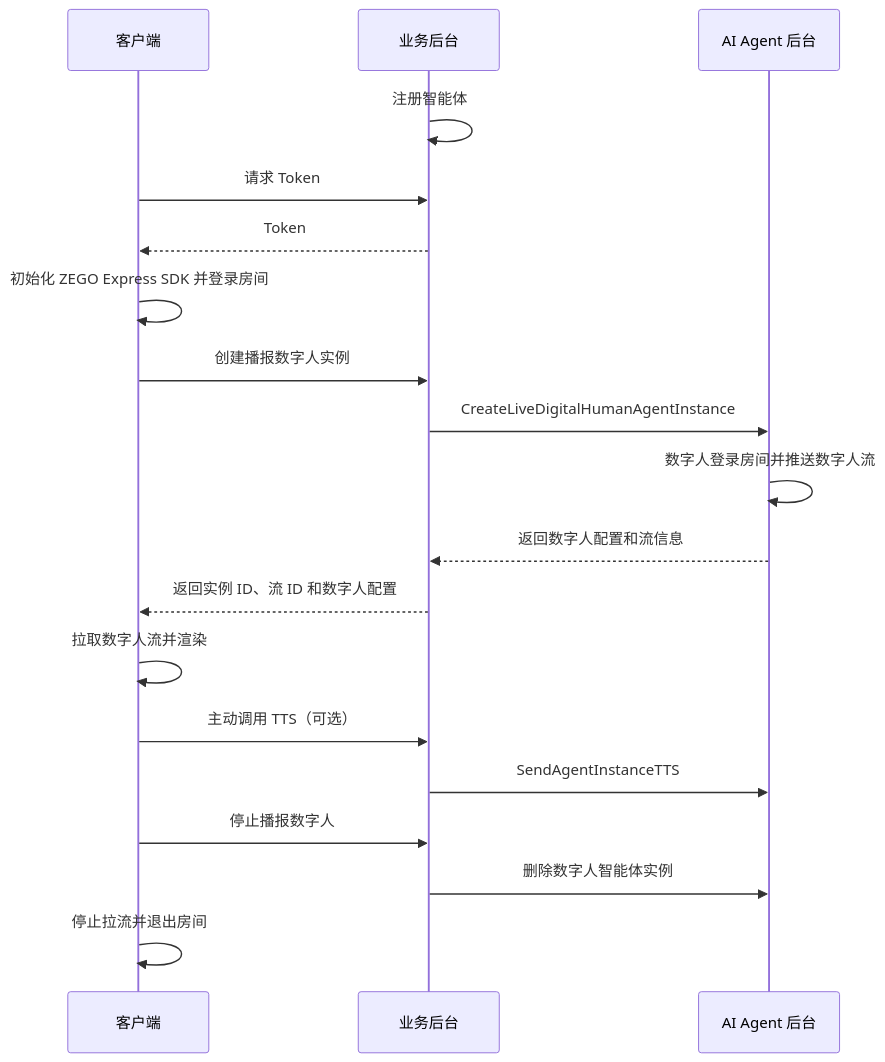
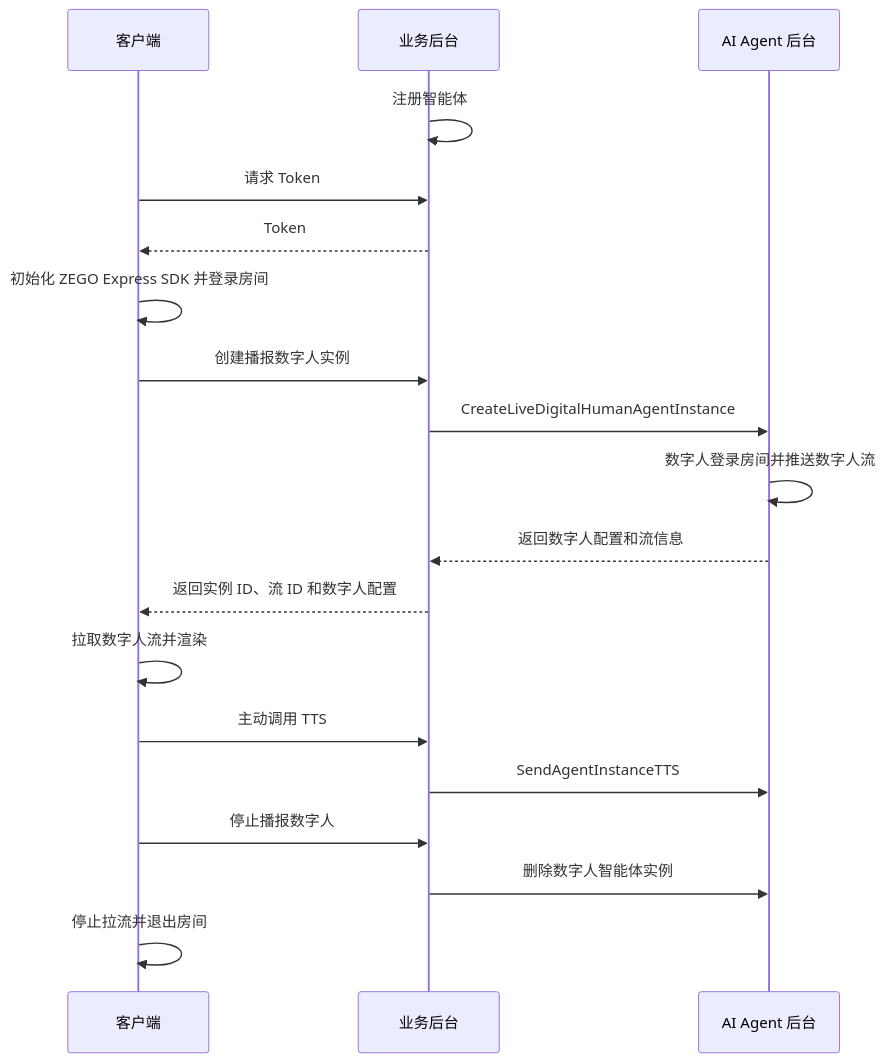
Before and after one commit to ZEGOCLOUD/docs_all: the third of 3 diagrams in core_products/aiagent/zh/server/quick-start.mdx, drawn with Mermaid. The commit also changed 1 other file, not shown here.

Commit message:
AIAgent: Fix live-digital-human sequence diagram - unify Android graph to sequenceDiagram and remove optional label from TTS

````diff
--- a/core_products/aiagent/zh/server/quick-start.mdx
+++ b/core_products/aiagent/zh/server/quick-start.mdx
@@ -194,22 +194,22 @@
 ```mermaid  
 sequenceDiagram  
     participant 客户端  
     participant 业务后台  
     participant AI Agent 后台  
   
     业务后台->>业务后台: 注册智能体  
     客户端->>业务后台: 请求 Token  
     业务后台-->>客户端: Token  
     客户端->>客户端: 初始化 ZEGO Express SDK 并登录房间  
     客户端->>业务后台: 创建播报数字人实例  
     业务后台->>AI Agent 后台: CreateLiveDigitalHumanAgentInstance  
     AI Agent 后台->>AI Agent 后台: 数字人登录房间并推送数字人流  
     AI Agent 后台-->>业务后台: 返回数字人配置和流信息  
     业务后台-->>客户端: 返回实例 ID、流 ID 和数字人配置  
     客户端->>客户端: 拉取数字人流并渲染  
-    客户端->>业务后台: 主动调用 TTS（可选）  
+    客户端->>业务后台: 主动调用 TTS  
     业务后台->>AI Agent 后台: SendAgentInstanceTTS  
     客户端->>业务后台: 停止播报数字人  
     业务后台->>AI Agent 后台: 删除数字人智能体实例  
     客户端->>客户端: 停止拉流并退出房间  
 ```  
````
